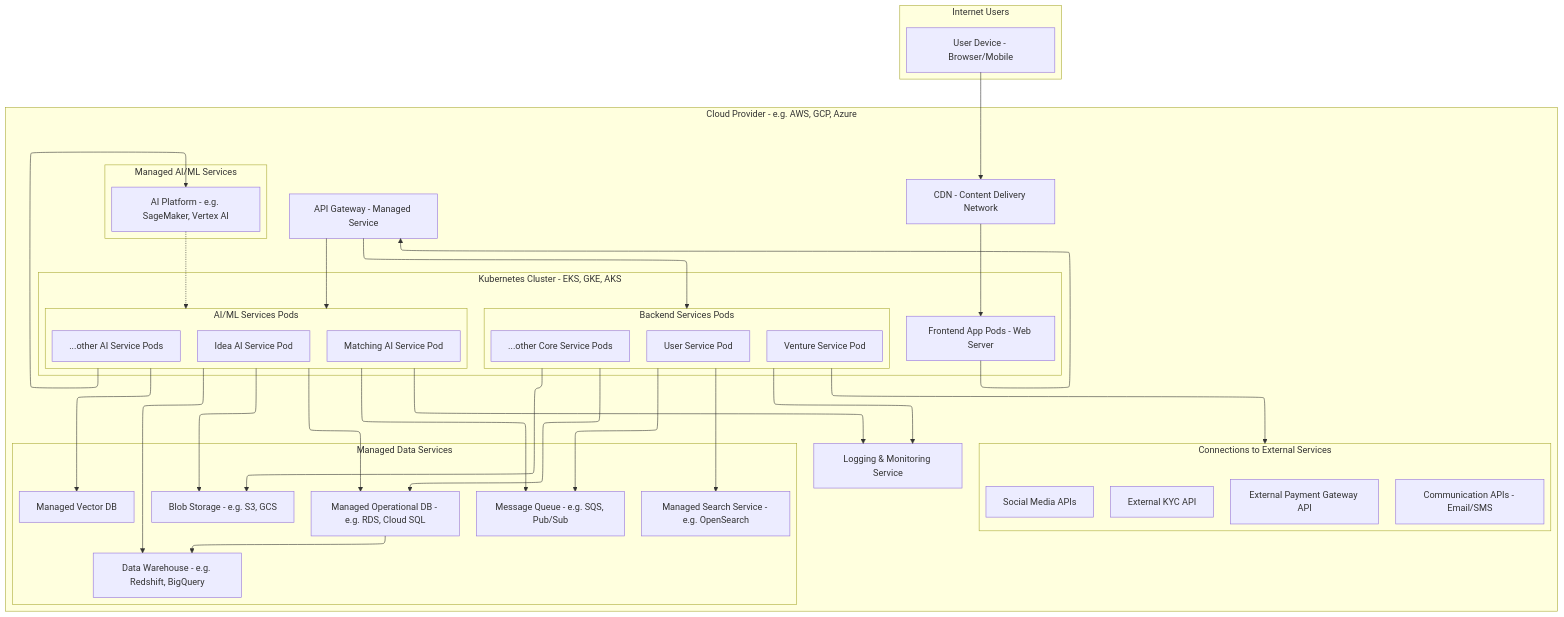
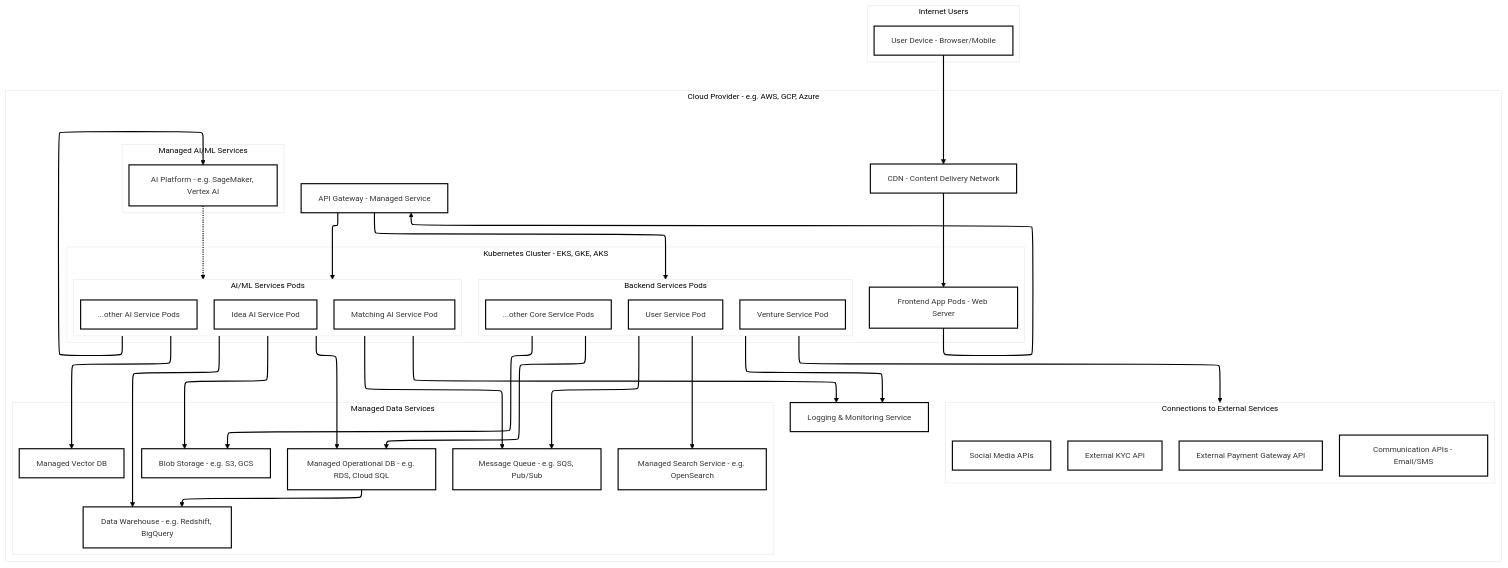
One commit to joy-tenx/tenx-architecture changed the diagram in catalyst/application/deployment-diagram.mmd. Above: the diagram before and after it, drawn with Mermaid. The commit also changed 8 other files, not shown here.

```diff
--- a/catalyst/application/deployment-diagram.mmd
+++ b/catalyst/application/deployment-diagram.mmd
@@ -1,60 +1,61 @@
 ---
 config:
   layout: elk
+  theme: neo
 ---
 flowchart TD
  subgraph Internet["Internet Users"]
         UserDevice["User Device - Browser/Mobile"]
   end
  subgraph BackendServicesPods["Backend Services Pods"]
         CoreSvcPod1["User Service Pod"]
         CoreSvcPod2["Venture Service Pod"]
         CoreSvcPodN["...other Core Service Pods"]
   end
  subgraph AIServicesPods["AI/ML Services Pods"]
         AISvcPod1["Idea AI Service Pod"]
         AISvcPod2["Matching AI Service Pod"]
         AISvcPodN["...other AI Service Pods"]
   end
  subgraph KubernetesCluster["Kubernetes Cluster - EKS, GKE, AKS"]
     direction TB
         NodeAppFE["Frontend App Pods - Web Server"]
         BackendServicesPods
         AIServicesPods
   end
  subgraph ManagedDataServices["Managed Data Services"]
     direction TB
         OperationalDB["Managed Operational DB - e.g. RDS, Cloud SQL"]
         VectorDB["Managed Vector DB"]
         BlobStore["Blob Storage - e.g. S3, GCS"]
         DWH["Data Warehouse - e.g. Redshift, BigQuery"]
         SearchSvc["Managed Search Service - e.g. OpenSearch"]
         MsgQueue["Message Queue - e.g. SQS, Pub/Sub"]
   end
  subgraph ManagedAIServices["Managed AI/ML Services"]
         MLPlatform["AI Platform - e.g. SageMaker, Vertex AI"]
   end
  subgraph ExternalConnections["Connections to External Services"]
         ExtKYC["External KYC API"]
         ExtPayment["External Payment Gateway API"]
         ExtSocial["Social Media APIs"]
         ExtComm["Communication APIs - Email/SMS"]
   end
  subgraph CloudProvider["Cloud Provider - e.g. AWS, GCP, Azure"]
     direction LR
         CDN["CDN - Content Delivery Network"]
         APIGateway["API Gateway - Managed Service"]
         KubernetesCluster
         ManagedDataServices
         ManagedAIServices
         ExternalConnections
         LoggingMonitoring["Logging & Monitoring Service"]
   end
     UserDevice --> CDN
     CDN --> NodeAppFE
     NodeAppFE --> APIGateway
     APIGateway --> BackendServicesPods & AIServicesPods
     BackendServicesPods --> OperationalDB & BlobStore & SearchSvc & MsgQueue & LoggingMonitoring & ExternalConnections
     AIServicesPods --> OperationalDB & VectorDB & BlobStore & MsgQueue & DWH & MLPlatform & LoggingMonitoring
     OperationalDB --> DWH
     MLPlatform -.-> AIServicesPods
```
